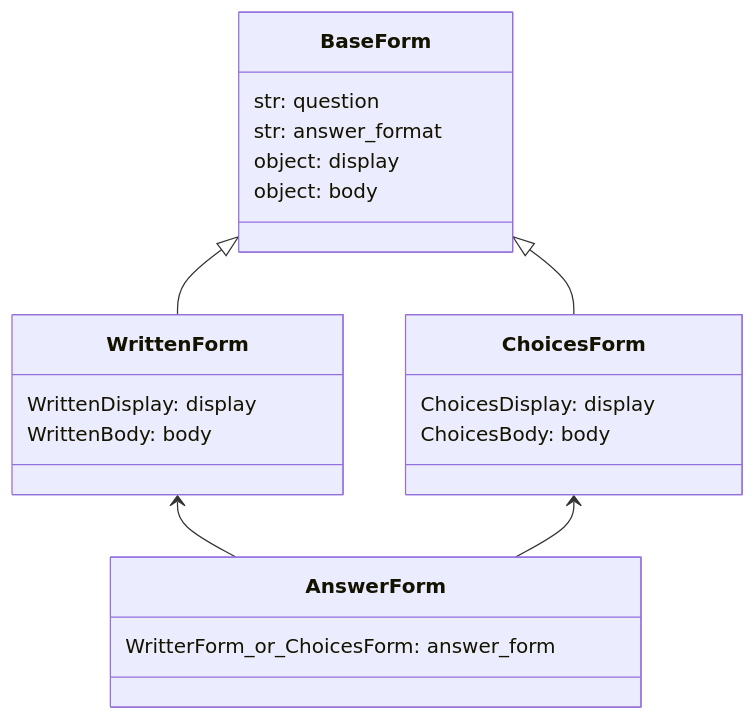
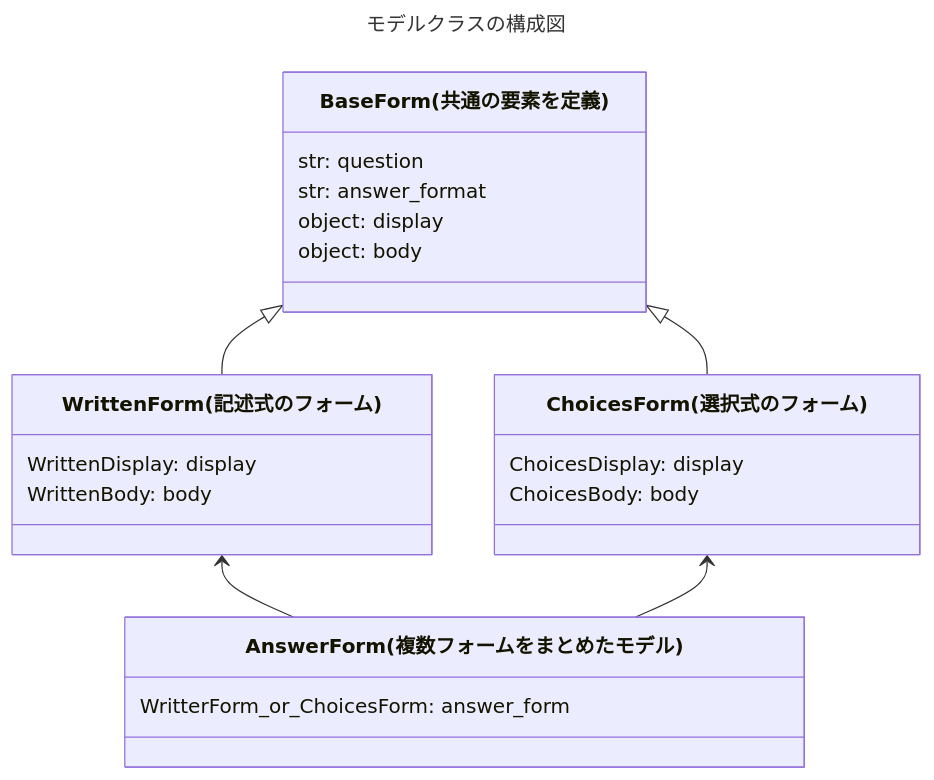
Before and after one commit to takanory/slides: the diagram in slides/20251204bpstyle/index.md, drawn with Mermaid. The commit also changed other lines of this file and 1 other file, not shown here.

````diff
--- a/slides/20251204bpstyle/index.md
+++ b/slides/20251204bpstyle/index.md
@@ -218,24 +221,27 @@
 ```{mermaid}
+---
+title: モデルクラスの構成図
+---
 classDiagram
     BaseForm <|-- WrittenForm
     BaseForm <|-- ChoicesForm
     WrittenForm <-- AnswerForm
     ChoicesForm <-- AnswerForm
-    class BaseForm{
+    class BaseForm["BaseForm(共通の要素を定義)"] {
         str: question
         str: answer_format
         object: display
         object: body
     }
-    class WrittenForm {
+    class WrittenForm["WrittenForm(記述式のフォーム)"] {
         WrittenDisplay: display
         WrittenBody: body
     }
-    class ChoicesForm {
+    class ChoicesForm["ChoicesForm(選択式のフォーム)"] {
         ChoicesDisplay: display
         ChoicesBody: body
     }
-    class AnswerForm {
+    class AnswerForm["AnswerForm(複数フォームをまとめたモデル)"] {
         WritterForm_or_ChoicesForm: answer_form
     }
 ```
````
